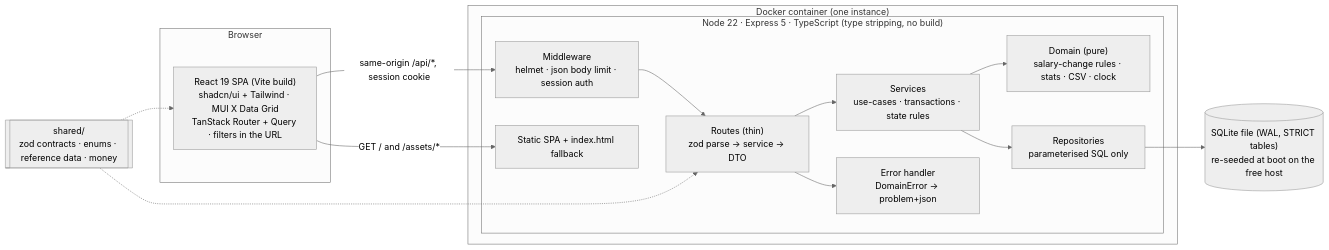
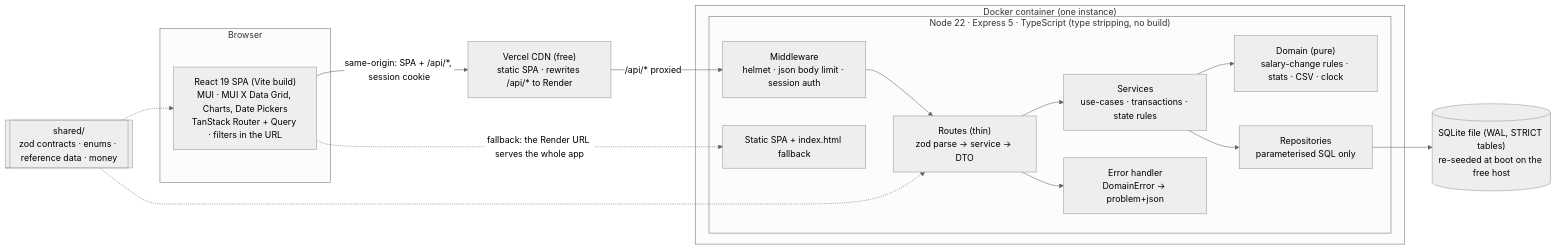
Before and after one commit to SwapnilRaj1708/Salary-Management: the first of 2 diagrams in docs/architecture.md, drawn with Mermaid (neutral theme). The commit also changed other lines of this file and 4 other files, not shown here.

````diff
--- a/docs/architecture.md
+++ b/docs/architecture.md
@@ -12,25 +13,27 @@
 ```mermaid
 flowchart LR
   subgraph Browser
-    SPA["React 19 SPA (Vite build)<br/>shadcn/ui + Tailwind · MUI X Data Grid<br/>TanStack Router + Query · filters in the URL"]
+    SPA["React 19 SPA (Vite build)<br/>MUI · MUI X Data Grid, Charts, Date Pickers<br/>TanStack Router + Query · filters in the URL"]
   end
+  CDN["Vercel CDN (free)<br/>static SPA · rewrites /api/* to Render"]
   subgraph Container["Docker container (one instance)"]
     subgraph API["Node 22 · Express 5 · TypeScript (type stripping, no build)"]
       MW["Middleware<br/>helmet · json body limit · session auth"]
       RT["Routes (thin)<br/>zod parse → service → DTO"]
       SV["Services<br/>use-cases · transactions · state rules"]
       DM["Domain (pure)<br/>salary-change rules · stats · CSV · clock"]
       RP["Repositories<br/>parameterised SQL only"]
       ERR["Error handler<br/>DomainError → problem+json"]
       ST["Static SPA + index.html fallback"]
     end
   end
   DB[("SQLite file (WAL, STRICT tables)<br/>re-seeded at boot on the free host")]
   SH[["shared/<br/>zod contracts · enums · reference data · money"]]
-  SPA -- "same-origin /api/*, session cookie" --> MW --> RT --> SV --> RP --> DB
+  SPA -- "same-origin: SPA + /api/*, session cookie" --> CDN
+  CDN -- "/api/* proxied" --> MW --> RT --> SV --> RP --> DB
   SV --> DM
   RT --> ERR
-  SPA -- "GET / and /assets/*" --> ST
+  SPA -. "fallback: the Render URL serves the whole app" .-> ST
   SH -.-> RT
   SH -.-> SPA
 ```
````
